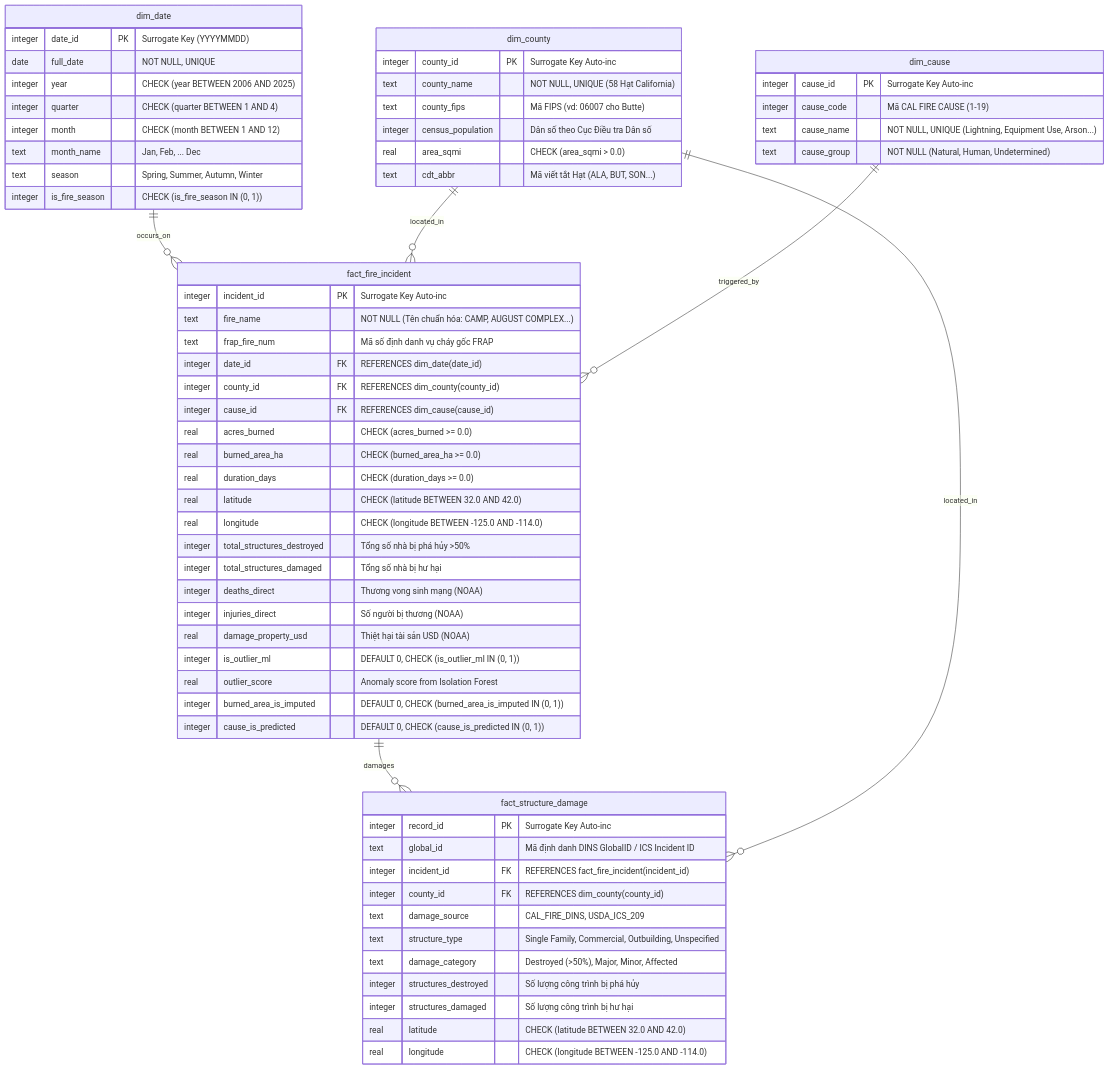
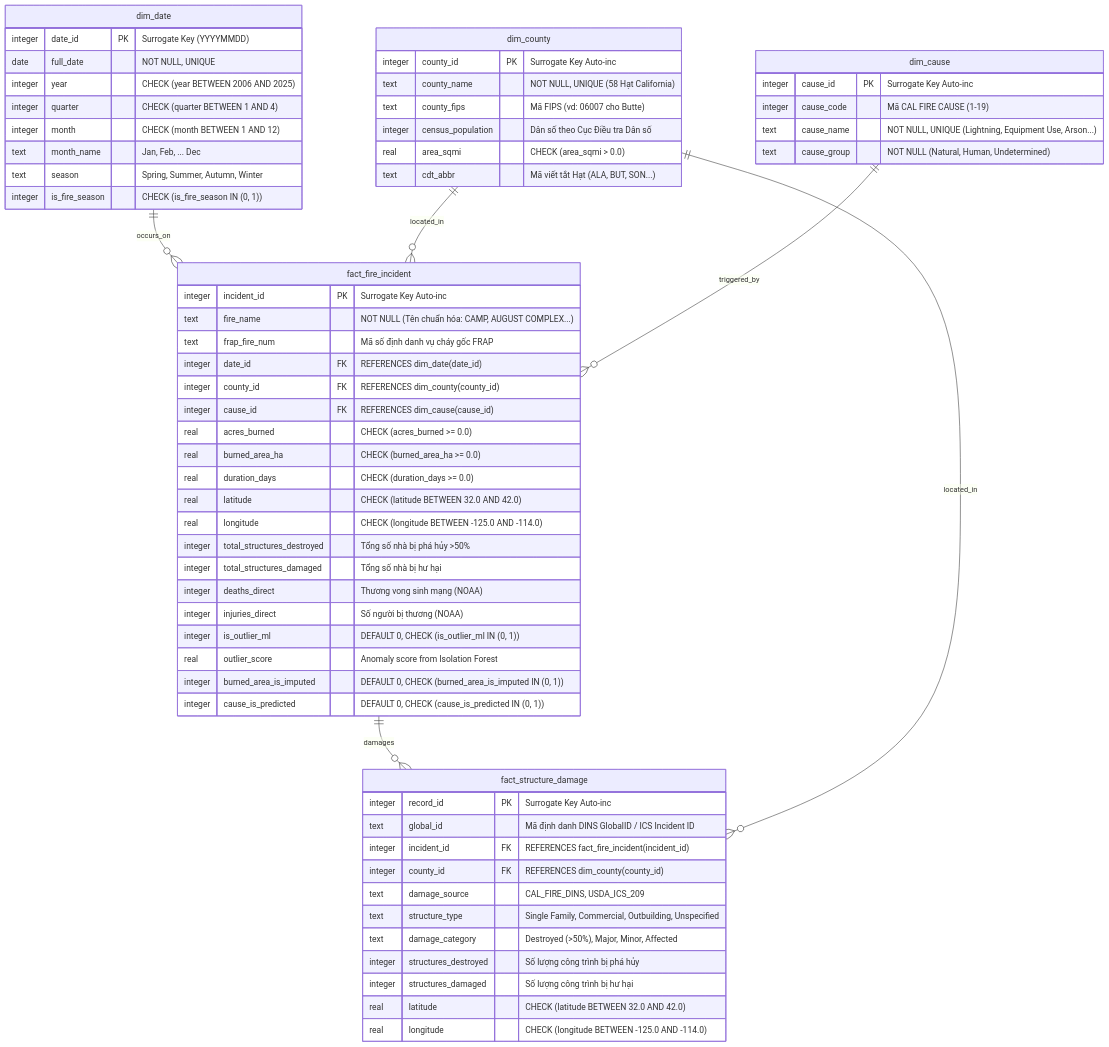
The diagram in docs/ERD.md (tpdk0105/IDV_TTDL), drawn with Mermaid before and after one commit. The commit also changed other lines of this file and 14 other files, not shown here.

````diff
--- a/docs/ERD.md
+++ b/docs/ERD.md
@@ -20,72 +20,71 @@
 ```mermaid
 erDiagram
     dim_date ||--o{ fact_fire_incident : "occurs_on"
     dim_county ||--o{ fact_fire_incident : "located_in"
     dim_cause ||--o{ fact_fire_incident : "triggered_by"
     fact_fire_incident ||--o{ fact_structure_damage : "damages"
     dim_county ||--o{ fact_structure_damage : "located_in"
 
     dim_date {
         integer date_id PK "Surrogate Key (YYYYMMDD)"
         date full_date "NOT NULL, UNIQUE"
         integer year "CHECK (year BETWEEN 2006 AND 2025)"
         integer quarter "CHECK (quarter BETWEEN 1 AND 4)"
         integer month "CHECK (month BETWEEN 1 AND 12)"
         text month_name "Jan, Feb, ... Dec"
         text season "Spring, Summer, Autumn, Winter"
         integer is_fire_season "CHECK (is_fire_season IN (0, 1))"
     }
 
     dim_county {
         integer county_id PK "Surrogate Key Auto-inc"
         text county_name "NOT NULL, UNIQUE (58 Hạt California)"
         text county_fips "Mã FIPS (vd: 06007 cho Butte)"
         integer census_population "Dân số theo Cục Điều tra Dân số"
         real area_sqmi "CHECK (area_sqmi > 0.0)"
         text cdt_abbr "Mã viết tắt Hạt (ALA, BUT, SON...)"
     }
 
     dim_cause {
         integer cause_id PK "Surrogate Key Auto-inc"
         integer cause_code "Mã CAL FIRE CAUSE (1-19)"
         text cause_name "NOT NULL, UNIQUE (Lightning, Equipment Use, Arson...)"
         text cause_group "NOT NULL (Natural, Human, Undetermined)"
     }
 
     fact_fire_incident {
         integer incident_id PK "Surrogate Key Auto-inc"
         text fire_name "NOT NULL (Tên chuẩn hóa: CAMP, AUGUST COMPLEX...)"
         text frap_fire_num "Mã số định danh vụ cháy gốc FRAP"
         integer date_id FK "REFERENCES dim_date(date_id)"
         integer county_id FK "REFERENCES dim_county(county_id)"
         integer cause_id FK "REFERENCES dim_cause(cause_id)"
         real acres_burned "CHECK (acres_burned >= 0.0)"
         real burned_area_ha "CHECK (burned_area_ha >= 0.0)"
         real duration_days "CHECK (duration_days >= 0.0)"
         real latitude "CHECK (latitude BETWEEN 32.0 AND 42.0)"
         real longitude "CHECK (longitude BETWEEN -125.0 AND -114.0)"
         integer total_structures_destroyed "Tổng số nhà bị phá hủy >50%"
         integer total_structures_damaged "Tổng số nhà bị hư hại"
         integer deaths_direct "Thương vong sinh mạng (NOAA)"
         integer injuries_direct "Số người bị thương (NOAA)"
-        real damage_property_usd "Thiệt hại tài sản USD (NOAA)"
         integer is_outlier_ml "DEFAULT 0, CHECK (is_outlier_ml IN (0, 1))"
         real outlier_score "Anomaly score from Isolation Forest"
         integer burned_area_is_imputed "DEFAULT 0, CHECK (burned_area_is_imputed IN (0, 1))"
         integer cause_is_predicted "DEFAULT 0, CHECK (cause_is_predicted IN (0, 1))"
     }
 
     fact_structure_damage {
         integer record_id PK "Surrogate Key Auto-inc"
         text global_id "Mã định danh DINS GlobalID / ICS Incident ID"
         integer incident_id FK "REFERENCES fact_fire_incident(incident_id)"
         integer county_id FK "REFERENCES dim_county(county_id)"
         text damage_source "CAL_FIRE_DINS, USDA_ICS_209"
         text structure_type "Single Family, Commercial, Outbuilding, Unspecified"
         text damage_category "Destroyed (>50%), Major, Minor, Affected"
         integer structures_destroyed "Số lượng công trình bị phá hủy"
         integer structures_damaged "Số lượng công trình bị hư hại"
         real latitude "CHECK (latitude BETWEEN 32.0 AND 42.0)"
         real longitude "CHECK (longitude BETWEEN -125.0 AND -114.0)"
     }
 ```
````
